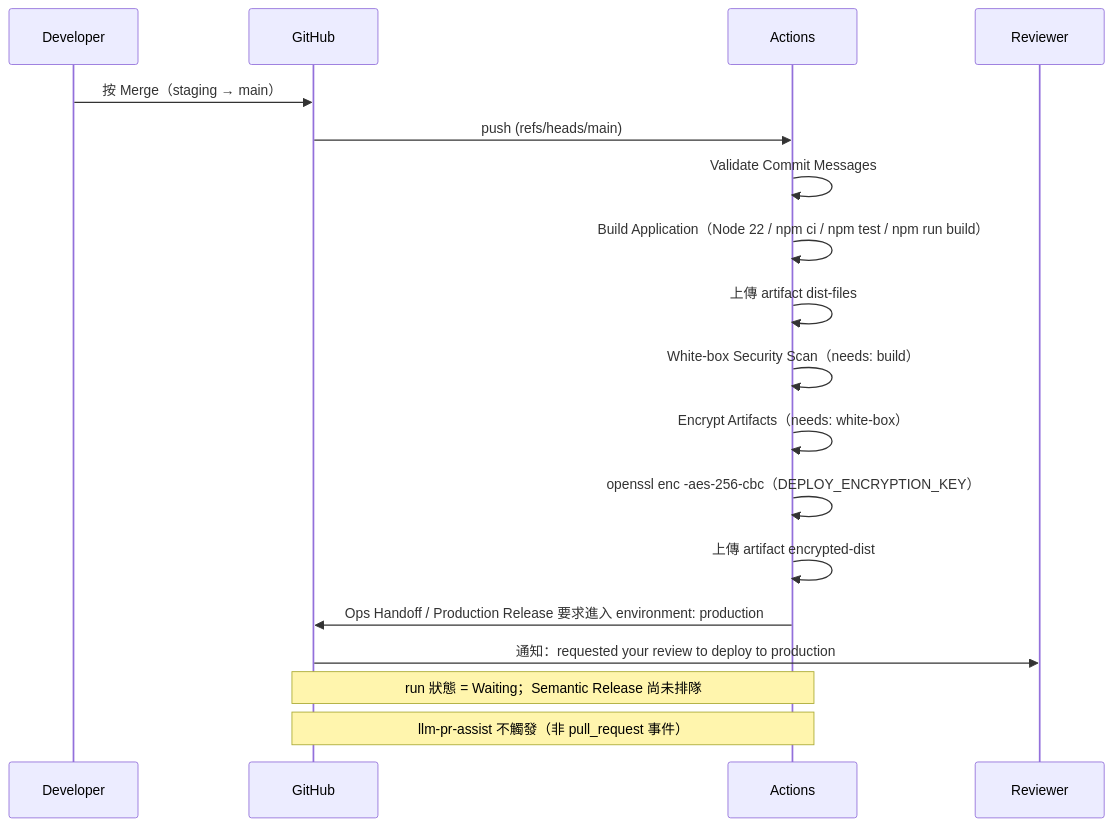
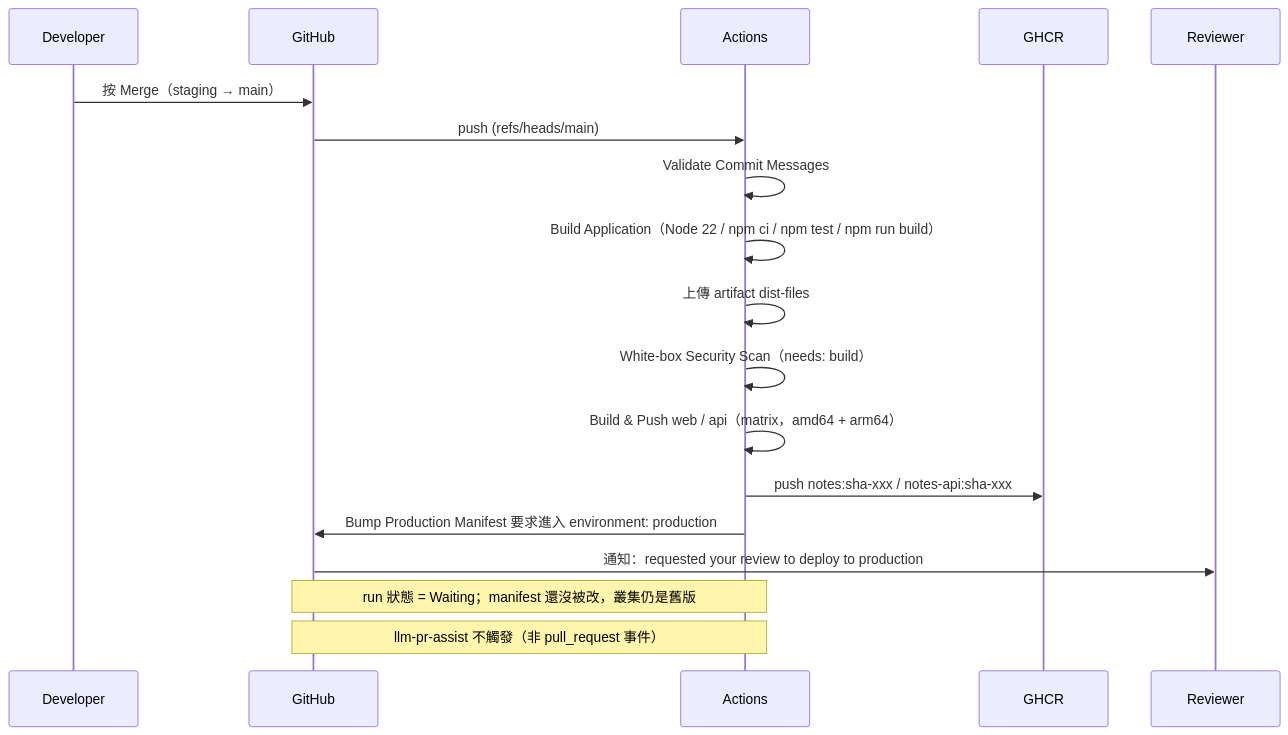
One commit to liaooliver/notes changed the ninth of 20 diagrams in docs/use-cases.md. Above: the diagram before and after it, drawn with Mermaid. The commit also changed other lines of this file, not shown here.

First line of the commit message:
docs(use-cases): 補上 GitOps 那半邊，並修掉過期的 job 與檔案路徑

````diff
--- a/docs/use-cases.md
+++ b/docs/use-cases.md
@@ -391,20 +425,20 @@
 ```mermaid
 sequenceDiagram
     participant D as Developer
     participant G as GitHub
     participant A as Actions
+    participant H as GHCR
     participant R as Reviewer
     D->>G: 按 Merge（staging → main）
     G->>A: push (refs/heads/main)
     A->>A: Validate Commit Messages
     A->>A: Build Application（Node 22 / npm ci / npm test / npm run build）
     A->>A: 上傳 artifact dist-files
     A->>A: White-box Security Scan（needs: build）
-    A->>A: Encrypt Artifacts（needs: white-box）
-    A->>A: openssl enc -aes-256-cbc（DEPLOY_ENCRYPTION_KEY）
-    A->>A: 上傳 artifact encrypted-dist
-    A->>G: Ops Handoff / Production Release 要求進入 environment: production
+    A->>A: Build & Push web / api（matrix，amd64 + arm64）
+    A->>H: push notes:sha-xxx / notes-api:sha-xxx
+    A->>G: Bump Production Manifest 要求進入 environment: production
     G->>R: 通知：requested your review to deploy to production
-    Note over A,G: run 狀態 = Waiting；Semantic Release 尚未排隊
+    Note over A,G: run 狀態 = Waiting；manifest 還沒被改，叢集仍是舊版
     Note over G,A: llm-pr-assist 不觸發（非 pull_request 事件）
 ```
````
